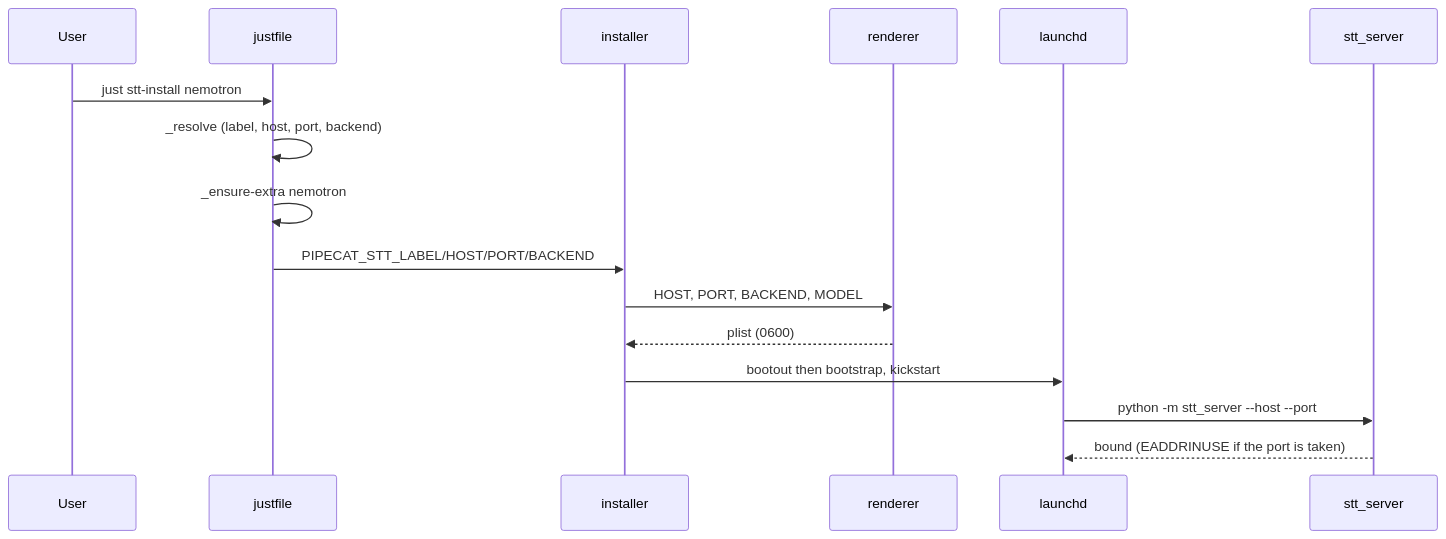
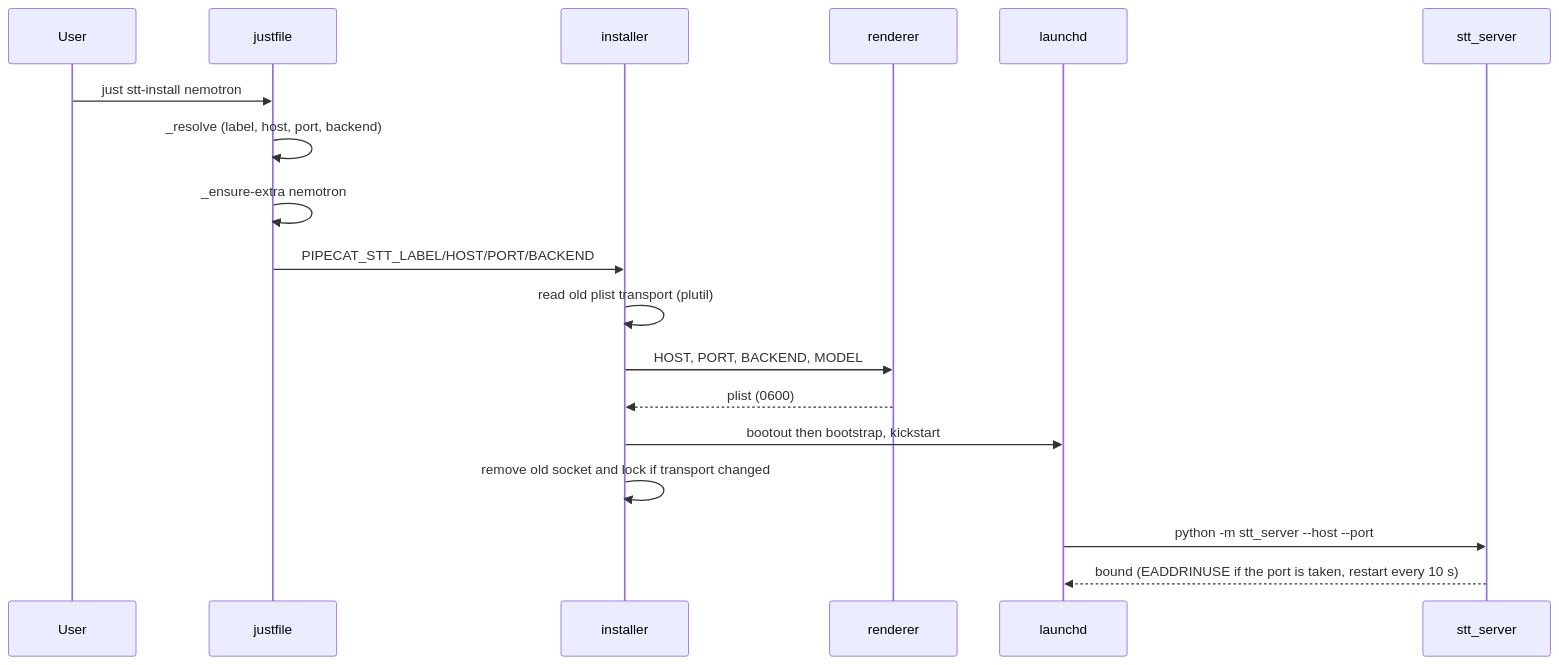
The second of 2 diagrams in docs/dev_plans/20261025-feature-stt-agents-loopback-tcp.md (vr000m/pipecat-local-stt-server), drawn with Mermaid before and after one commit. The commit also changed other lines of this file and 1 other file, not shown here.

````diff
--- a/docs/dev_plans/20261025-feature-stt-agents-loopback-tcp.md
+++ b/docs/dev_plans/20261025-feature-stt-agents-loopback-tcp.md
@@ -158,18 +174,20 @@
 ```mermaid
 sequenceDiagram
     participant U as User
     participant J as justfile
     participant I as installer
     participant R as renderer
     participant L as launchd
     participant S as stt_server
     U->>J: just stt-install nemotron
     J->>J: _resolve (label, host, port, backend)
     J->>J: _ensure-extra nemotron
     J->>I: PIPECAT_STT_LABEL/HOST/PORT/BACKEND
+    I->>I: read old plist transport (plutil)
     I->>R: HOST, PORT, BACKEND, MODEL
     R-->>I: plist (0600)
     I->>L: bootout then bootstrap, kickstart
+    I->>I: remove old socket and lock if transport changed
     L->>S: python -m stt_server --host --port
-    S-->>L: bound (EADDRINUSE if the port is taken)
+    S-->>L: bound (EADDRINUSE if the port is taken, restart every 10 s)
 ```
````
